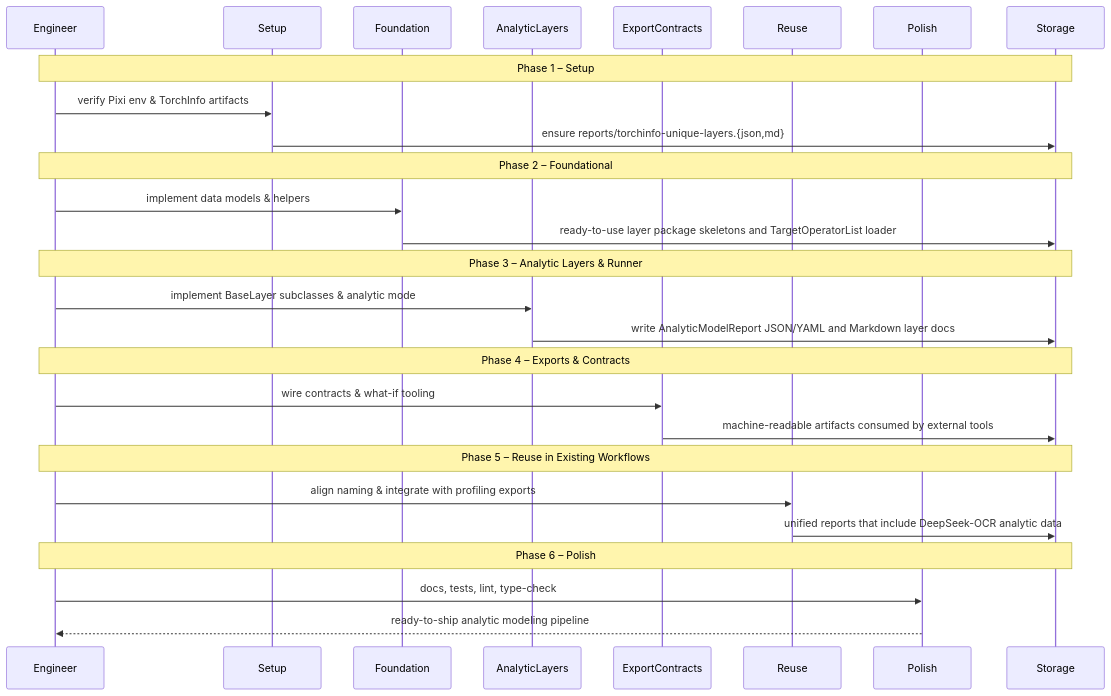
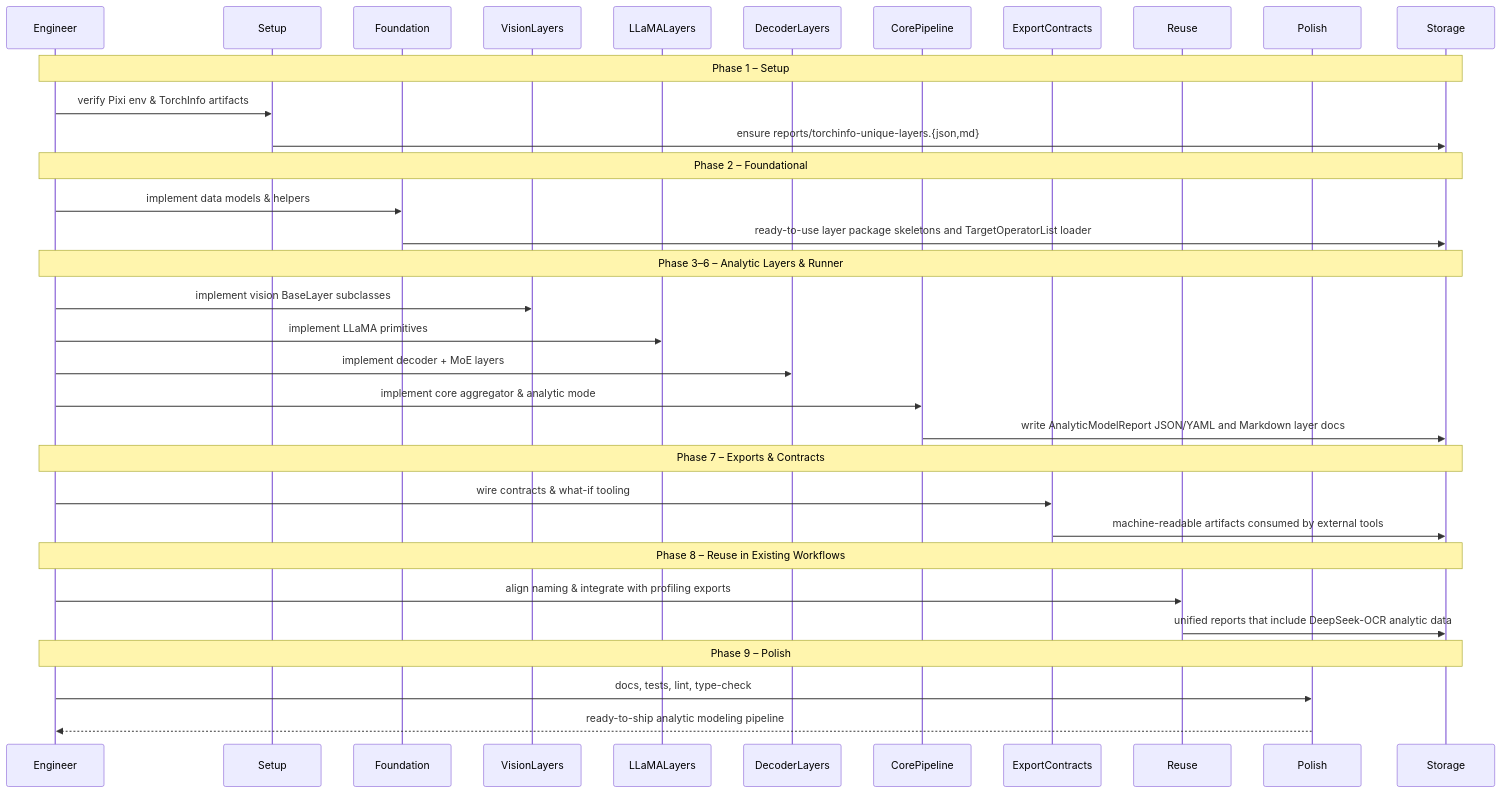
The first of 2 diagrams in context/tasks/001-deepseek-ocr-modelmeter/impl-integrate-phases.md (CodeGandee/llm-perf-opt), drawn with Mermaid before and after one commit. The commit also changed other lines of this file and 8 other files, not shown here.

````diff
--- a/context/tasks/001-deepseek-ocr-modelmeter/impl-integrate-phases.md
+++ b/context/tasks/001-deepseek-ocr-modelmeter/impl-integrate-phases.md
@@ -11,35 +11,41 @@
 ```mermaid
 sequenceDiagram
     participant Engineer
     participant Phase1 as Setup
     participant Phase2 as Foundation
-    participant Phase3 as AnalyticLayers
-    participant Phase4 as ExportContracts
-    participant Phase5 as Reuse
-    participant Phase6 as Polish
+    participant Phase3 as VisionLayers
+    participant Phase4 as LLaMALayers
+    participant Phase5 as DecoderLayers
+    participant Phase6 as CorePipeline
+    participant Phase7 as ExportContracts
+    participant Phase8 as Reuse
+    participant Phase9 as Polish
     participant Storage
 
     Note over Engineer,Storage: Phase 1 – Setup
     Engineer->>Phase1: verify Pixi env & TorchInfo artifacts
     Phase1->>Storage: ensure reports/torchinfo-unique-layers.{json,md}
 
     Note over Engineer,Storage: Phase 2 – Foundational
     Engineer->>Phase2: implement data models & helpers
     Phase2->>Storage: ready-to-use layer package skeletons and TargetOperatorList loader
 
-    Note over Engineer,Storage: Phase 3 – Analytic Layers & Runner
-    Engineer->>Phase3: implement BaseLayer subclasses & analytic mode
-    Phase3->>Storage: write AnalyticModelReport JSON/YAML and Markdown layer docs
+    Note over Engineer,Storage: Phase 3–6 – Analytic Layers & Runner
+    Engineer->>Phase3: implement vision BaseLayer subclasses
+    Engineer->>Phase4: implement LLaMA primitives
+    Engineer->>Phase5: implement decoder + MoE layers
+    Engineer->>Phase6: implement core aggregator & analytic mode
+    Phase6->>Storage: write AnalyticModelReport JSON/YAML and Markdown layer docs
 
-    Note over Engineer,Storage: Phase 4 – Exports & Contracts
-    Engineer->>Phase4: wire contracts & what-if tooling
-    Phase4->>Storage: machine-readable artifacts consumed by external tools
+    Note over Engineer,Storage: Phase 7 – Exports & Contracts
+    Engineer->>Phase7: wire contracts & what-if tooling
+    Phase7->>Storage: machine-readable artifacts consumed by external tools
 
-    Note over Engineer,Storage: Phase 5 – Reuse in Existing Workflows
-    Engineer->>Phase5: align naming & integrate with profiling exports
-    Phase5->>Storage: unified reports that include DeepSeek-OCR analytic data
+    Note over Engineer,Storage: Phase 8 – Reuse in Existing Workflows
+    Engineer->>Phase8: align naming & integrate with profiling exports
+    Phase8->>Storage: unified reports that include DeepSeek-OCR analytic data
 
-    Note over Engineer,Storage: Phase 6 – Polish
-    Engineer->>Phase6: docs, tests, lint, type-check
-    Phase6-->>Engineer: ready-to-ship analytic modeling pipeline
+    Note over Engineer,Storage: Phase 9 – Polish
+    Engineer->>Phase9: docs, tests, lint, type-check
+    Phase9-->>Engineer: ready-to-ship analytic modeling pipeline
 ```
````
